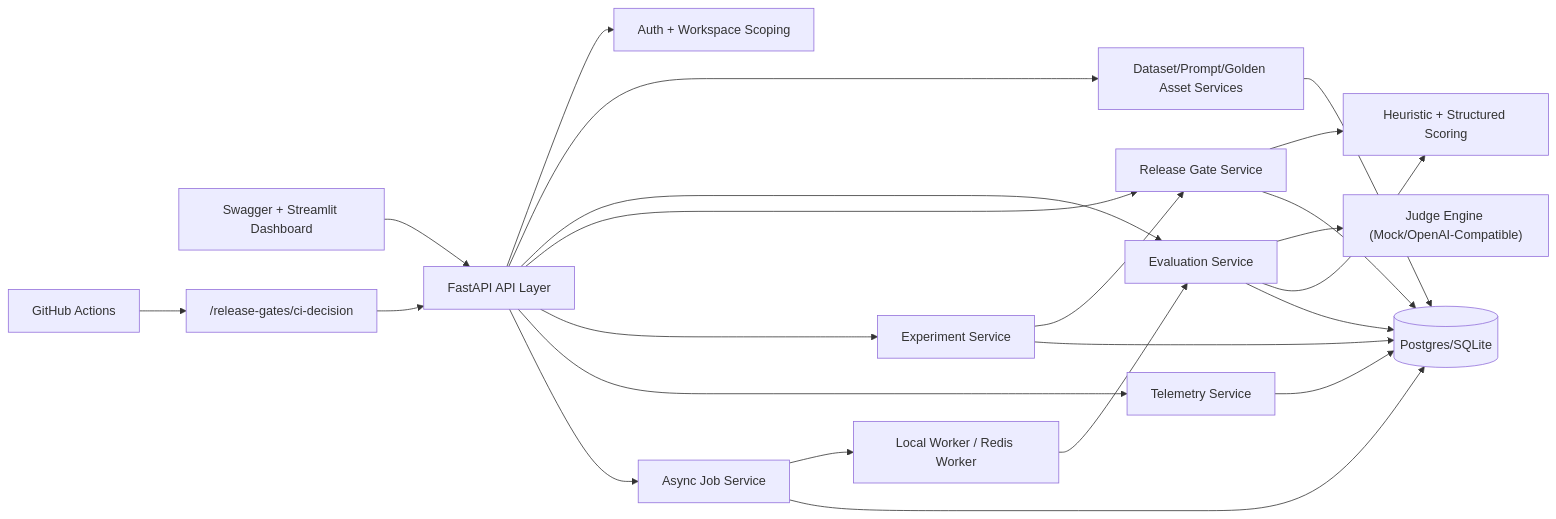
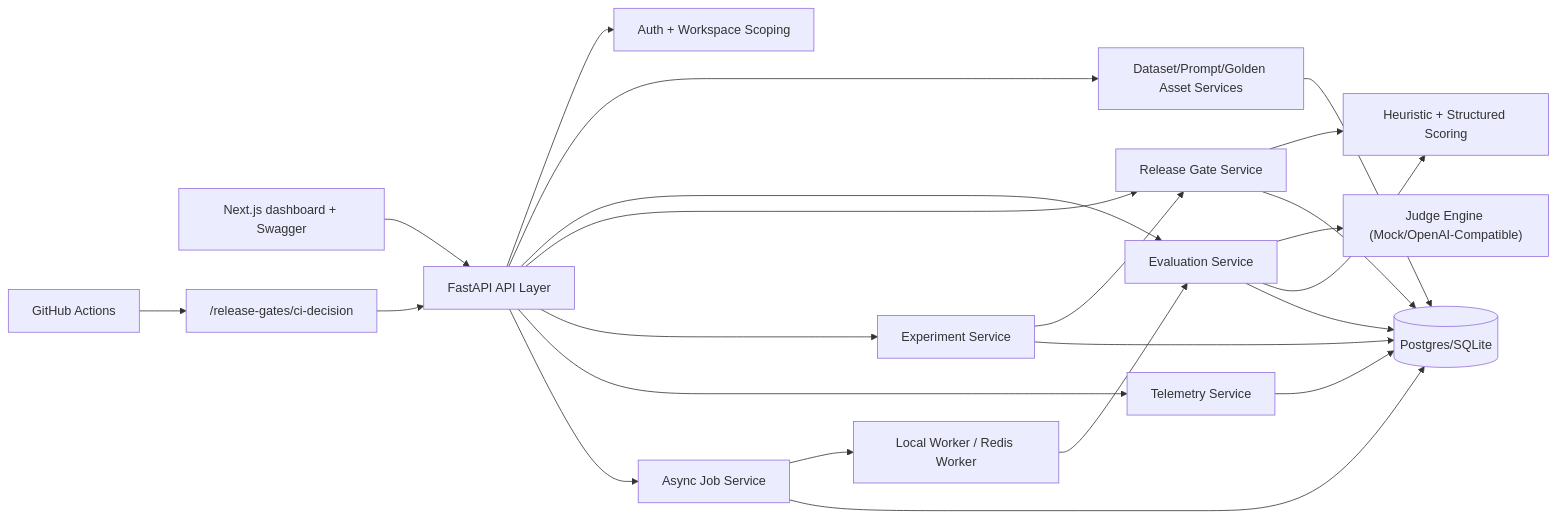
The diagram in docs/ARCHITECTURE_DIAGRAM.md (vamsi513/evalforge), drawn with Mermaid before and after one commit.

Commit message:
correct UI node in architecture diagram (#3)

````diff
--- a/docs/ARCHITECTURE_DIAGRAM.md
+++ b/docs/ARCHITECTURE_DIAGRAM.md
@@ -5,29 +5,29 @@
 ```mermaid
 flowchart LR
-    UI["Swagger + Streamlit Dashboard"] --> API["FastAPI API Layer"]
+    UI["Next.js dashboard + Swagger"] --> API["FastAPI API Layer"]
     API --> AUTH["Auth + Workspace Scoping"]
     API --> ASSETS["Dataset/Prompt/Golden Asset Services"]
     API --> EVAL["Evaluation Service"]
     API --> GATE["Release Gate Service"]
     API --> EXP["Experiment Service"]
     API --> TEL["Telemetry Service"]
     API --> JOBS["Async Job Service"]
 
     EVAL --> JUDGE["Judge Engine (Mock/OpenAI-Compatible)"]
     EVAL --> SCORE["Heuristic + Structured Scoring"]
     GATE --> SCORE
     EXP --> GATE
 
     JOBS --> WORKER["Local Worker / Redis Worker"]
     WORKER --> EVAL
 
     ASSETS --> DB[(Postgres/SQLite)]
     EVAL --> DB
     GATE --> DB
     EXP --> DB
     TEL --> DB
     JOBS --> DB
 
     CI["GitHub Actions"] --> DECISION["/release-gates/ci-decision"]
     DECISION --> API
 ```
````
